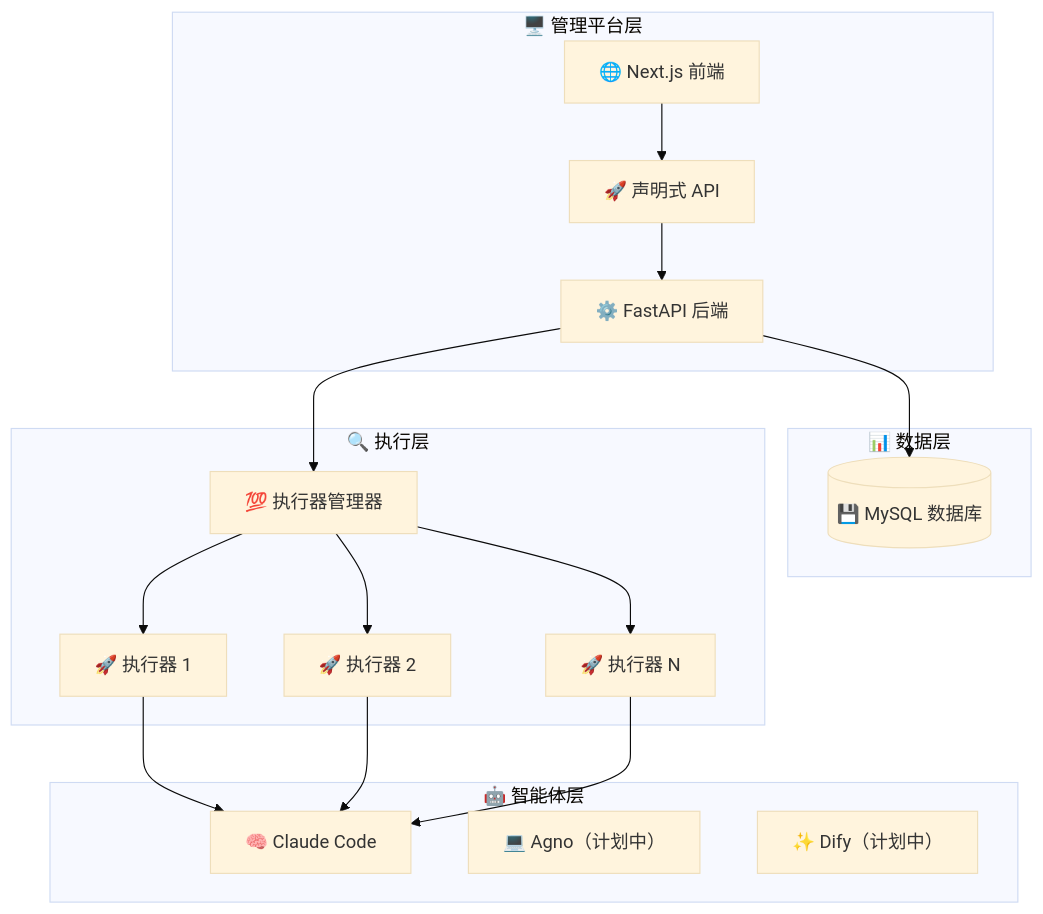
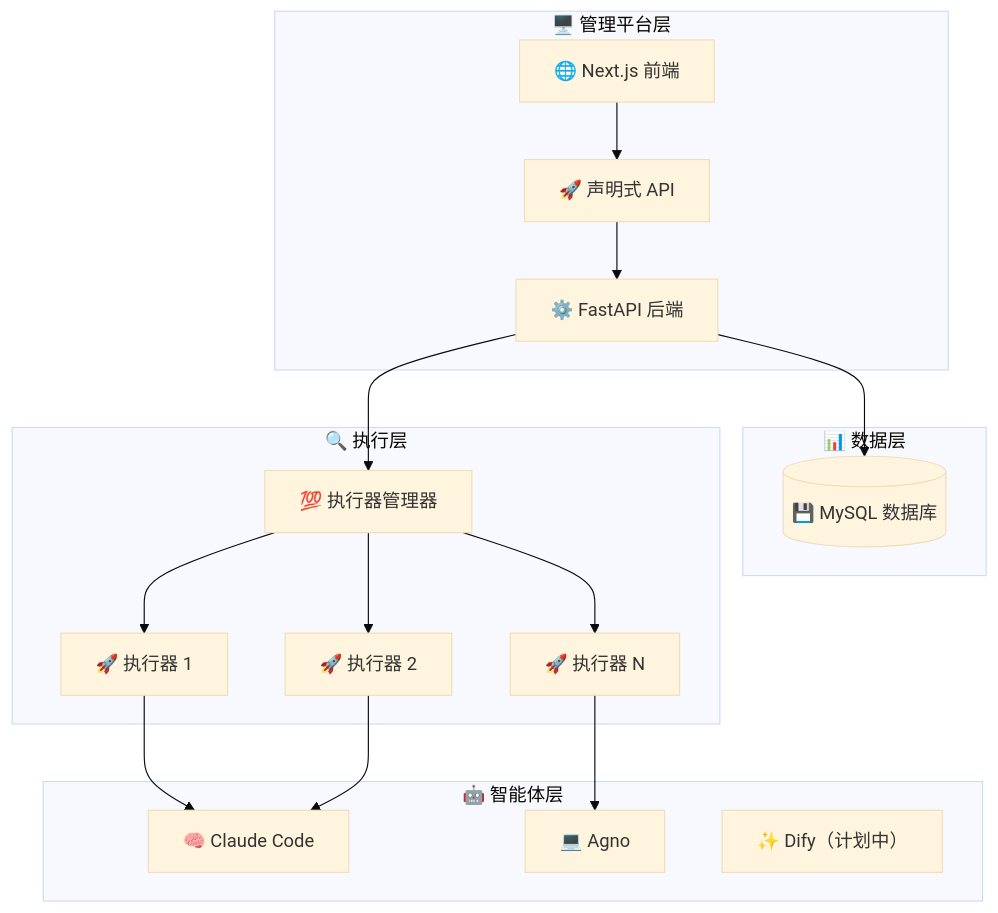
The second of 2 diagrams in README_zh.md (wecode-ai/Wegent), drawn with Mermaid (base theme) before and after one commit. The commit also changed 1 other file, not shown here.

````diff
--- a/README_zh.md
+++ b/README_zh.md
@@ -167,40 +167,40 @@
 ```mermaid
 graph TB
     subgraph "🖥️ 管理平台层"
         Frontend["🌐 Next.js 前端"]
         Backend["⚙️ FastAPI 后端"]
         API["🚀 声明式 API"]
     end
 
     subgraph "📊 数据层"
         MySQL[("💾 MySQL 数据库")]
     end
 
     subgraph "🔍 执行层"
         ExecutorManager["💯 执行器管理器"]
         Executor1["🚀 执行器 1"]
         Executor2["🚀 执行器 2"]
         ExecutorN["🚀 执行器 N"]
     end
 
     subgraph "🤖 智能体层"
         Claude["🧠 Claude Code"]
-        AngoPlanned["💻 Agno（计划中）"]
+        Ango["💻 Agno"]
         DifyPlanned["✨ Dify（计划中）"]
     end
 
 
     %% 系统交互
     Frontend --> API
     API --> Backend
     Backend --> MySQL
     Backend --> ExecutorManager
     ExecutorManager --> Executor1
     ExecutorManager --> Executor2
     ExecutorManager --> ExecutorN
 
     %% AI 程序集成（目前仅支持 Claude Code）
     Executor1 --> Claude
     Executor2 --> Claude
-    ExecutorN --> Claude
+    ExecutorN --> Ango
 ```
````
